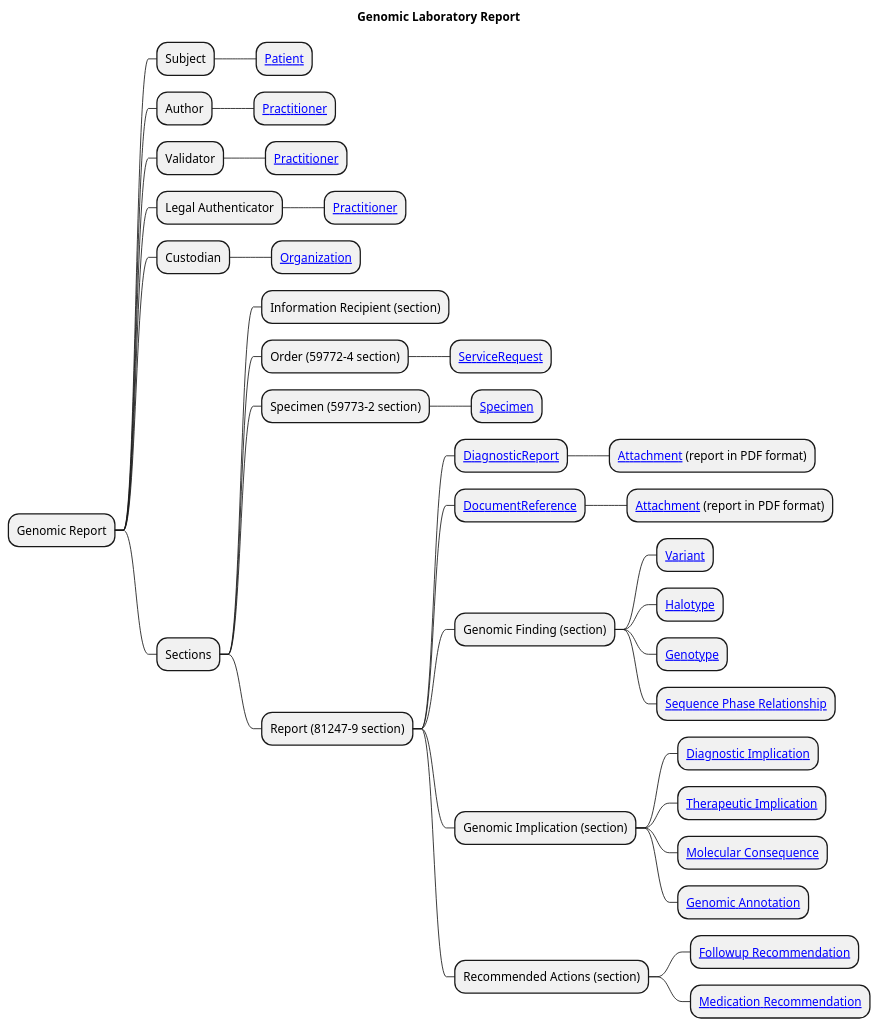
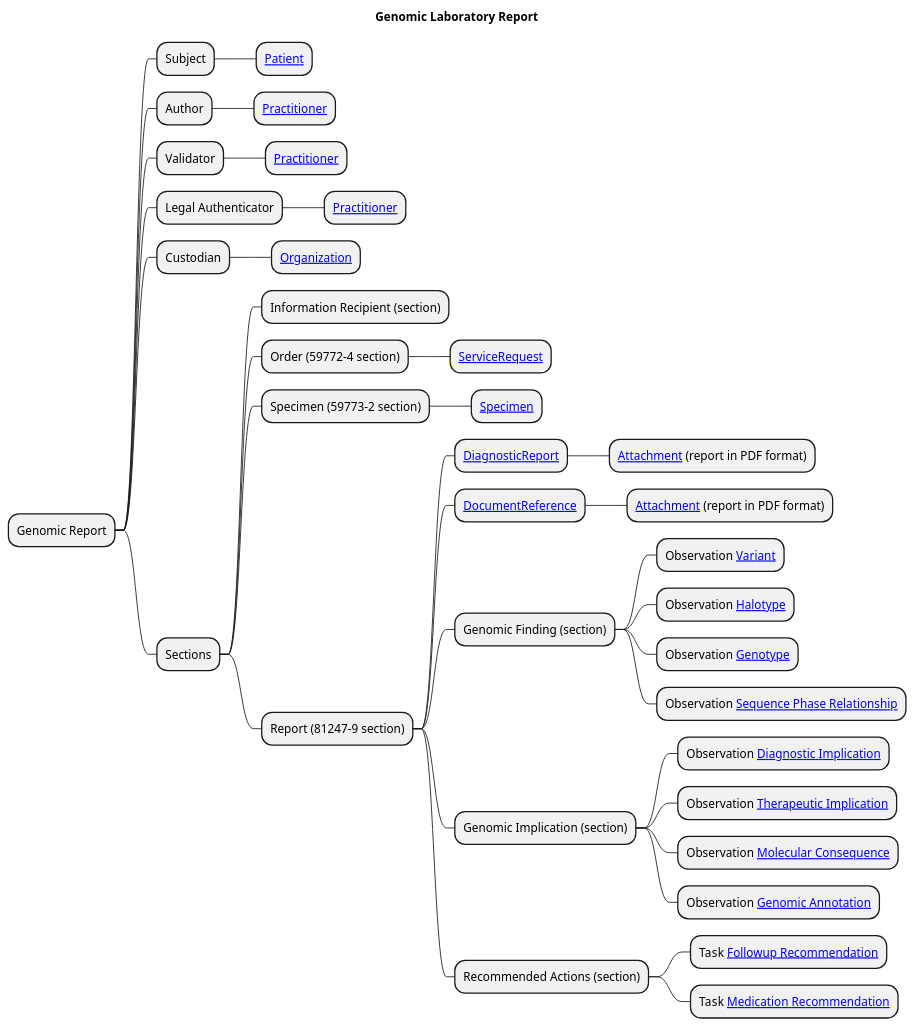
Before and after one commit to nw-gmsa/nw-gmsa.github.com: the diagram in input/images-source/LaboratoryReport-mindmap.plantuml, drawn with PlantUML. The commit also changed 6 other files, not shown here.

```diff
--- a/input/images-source/LaboratoryReport-mindmap.plantuml
+++ b/input/images-source/LaboratoryReport-mindmap.plantuml
@@ -1,41 +1,41 @@
 @startmindmap
 
 title "Genomic Laboratory Report"
 
 * Genomic Report
 ** Subject
 *** [[StructureDefinition-Patient.html Patient]]
 ** Author
 *** [[StructureDefinition-Practitioner.html Practitioner]]
 ** Validator
 *** [[StructureDefinition-Practitioner.html Practitioner]]
 ** Legal Authenticator
 *** [[StructureDefinition-Practitioner.html Practitioner]]
 ** Custodian
 *** [[StructureDefinition-Organization.html Organization]]
 ** Sections
 *** Information Recipient (section)
 *** Order (59772-4 section)
 **** [[StructureDefinition-ServiceRequest.html ServiceRequest]]
 *** Specimen (59773-2 section)
 **** [[StructureDefinition-Specimen.html Specimen]]
 *** Report (81247-9 section)
 **** [[StructureDefinition-DiagnosticReport.html DiagnosticReport]]
 ***** [[StructureDefinition-NWAttachment.html Attachment]] (report in PDF format)
 **** [[StructureDefinition-DocumentReference.html DocumentReference]]
 ***** [[StructureDefinition-NWAttachment.html Attachment]] (report in PDF format)
 **** Genomic Finding (section)
-***** [[StructureDefinition-Observation-Variant.html Variant]]
-***** [[http://hl7.org/fhir/uv/genomics-reporting/StructureDefinition/haplotype Halotype]]
-***** [[https://build.fhir.org/ig/HL7/genomics-reporting/StructureDefinition-genotype.html Genotype]]
-***** [[http://hl7.org/fhir/uv/genomics-reporting/StructureDefinition/sequence-phase-relationship Sequence Phase Relationship]]
+***** Observation [[StructureDefinition-Observation-Variant.html Variant]]
+***** Observation [[http://hl7.org/fhir/uv/genomics-reporting/StructureDefinition/haplotype Halotype]]
+***** Observation [[https://build.fhir.org/ig/HL7/genomics-reporting/StructureDefinition-genotype.html Genotype]]
+***** Observation [[http://hl7.org/fhir/uv/genomics-reporting/StructureDefinition/sequence-phase-relationship Sequence Phase Relationship]]
 **** Genomic Implication (section)
-***** [[StructureDefinition-Observation-DiagnosticImplication.html Diagnostic Implication]]
-***** [[StructureDefinition-Observation-TherapeuticImplication.html Therapeutic Implication]]
-***** [[https://build.fhir.org/ig/HL7/genomics-reporting/StructureDefinition-molecular-consequence.html Molecular Consequence]]
-***** [[https://build.fhir.org/ig/HL7/genomics-reporting/StructureDefinition-genomic-annotation.html Genomic Annotation]]
+***** Observation [[StructureDefinition-Observation-DiagnosticImplication.html Diagnostic Implication]]
+***** Observation [[StructureDefinition-Observation-TherapeuticImplication.html Therapeutic Implication]]
+***** Observation [[https://build.fhir.org/ig/HL7/genomics-reporting/StructureDefinition-molecular-consequence.html Molecular Consequence]]
+***** Observation [[https://build.fhir.org/ig/HL7/genomics-reporting/StructureDefinition-genomic-annotation.html Genomic Annotation]]
 **** Recommended Actions (section)
-***** [[https://build.fhir.org/ig/HL7/genomics-reporting/StructureDefinition-followup-recommendation.html Followup Recommendation]]
-***** [[https://build.fhir.org/ig/HL7/genomics-reporting/StructureDefinition-medication-recommendation.html Medication Recommendation]]
+***** Task [[https://build.fhir.org/ig/HL7/genomics-reporting/StructureDefinition-followup-recommendation.html Followup Recommendation]]
+***** Task [[https://build.fhir.org/ig/HL7/genomics-reporting/StructureDefinition-medication-recommendation.html Medication Recommendation]]
 
 @endmindmap
```
